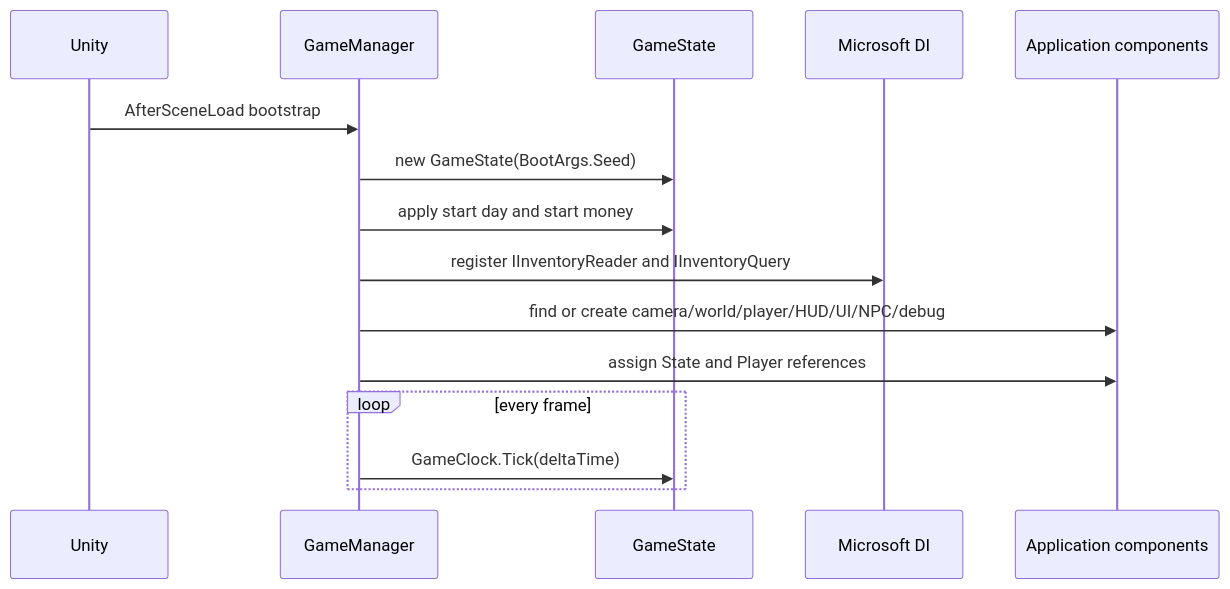
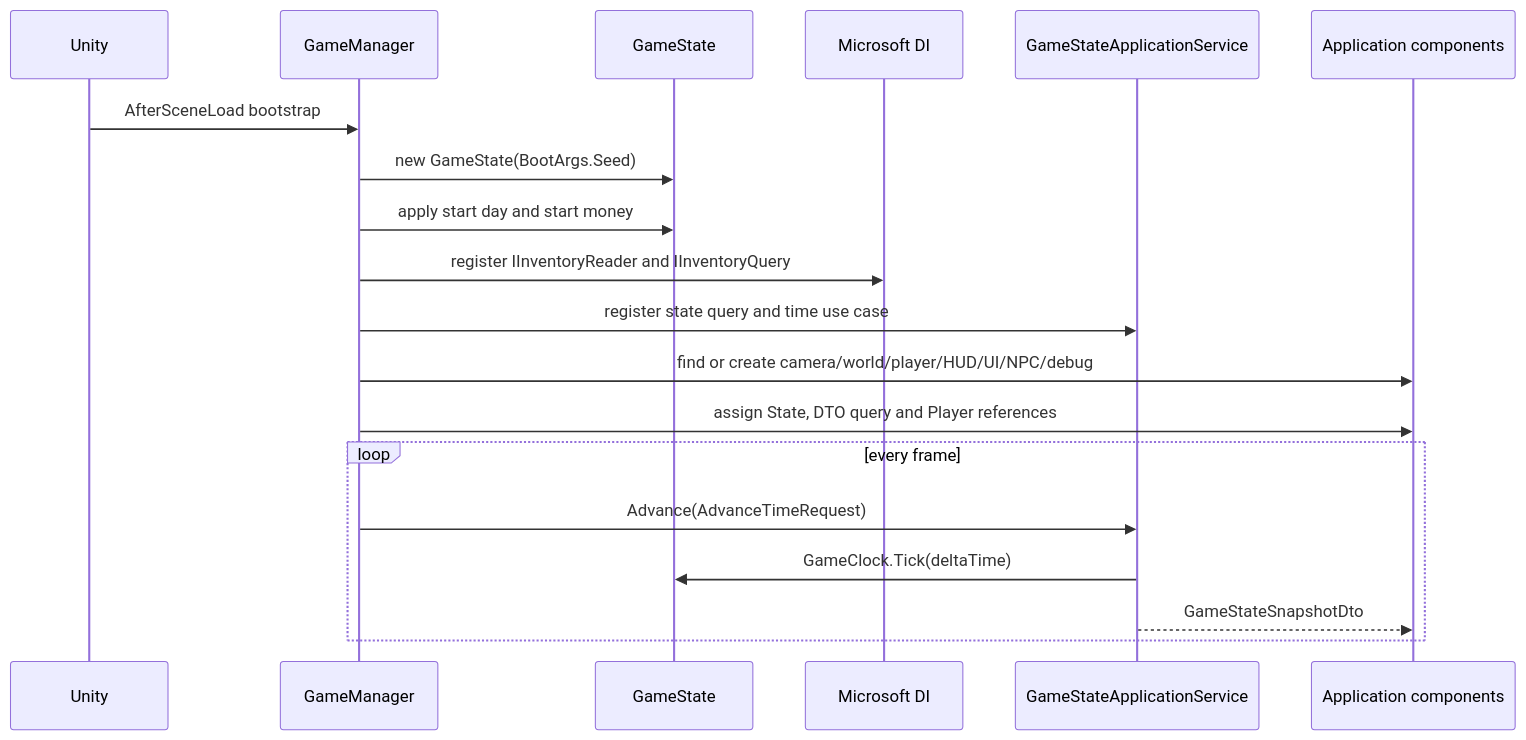
One commit to Phan-Phu/Prorotype_03 changed the second of 4 diagrams in ARCHITECTURE_FLOW.md. Above: the diagram before and after it, drawn with Mermaid. The commit also changed other lines of this file and 6 other files, not shown here.

Commit message:
refactor: add application DTO boundary for game state

````diff
--- a/ARCHITECTURE_FLOW.md
+++ b/ARCHITECTURE_FLOW.md
@@ -95,18 +97,22 @@
 ```mermaid
 sequenceDiagram
     participant U as Unity
     participant G as GameManager
     participant S as GameState
     participant D as Microsoft DI
+    participant A as GameStateApplicationService
     participant C as Application components
 
     U->>G: AfterSceneLoad bootstrap
     G->>S: new GameState(BootArgs.Seed)
     G->>S: apply start day and start money
     G->>D: register IInventoryReader and IInventoryQuery
+    G->>A: register state query and time use case
     G->>C: find or create camera/world/player/HUD/UI/NPC/debug
-    G->>C: assign State and Player references
+    G->>C: assign State, DTO query and Player references
     loop every frame
-        G->>S: GameClock.Tick(deltaTime)
+        G->>A: Advance(AdvanceTimeRequest)
+        A->>S: GameClock.Tick(deltaTime)
+        A-->>C: GameStateSnapshotDto
     end
 ```
````
